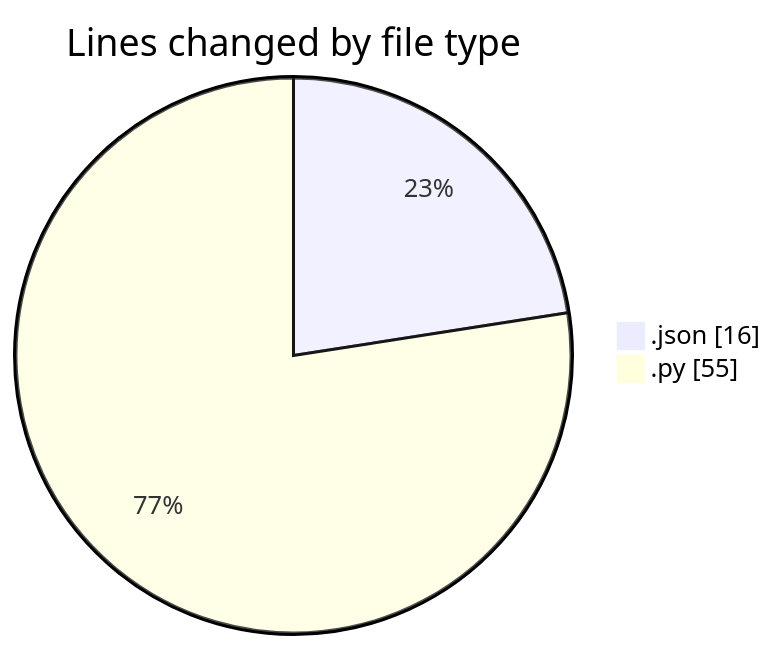
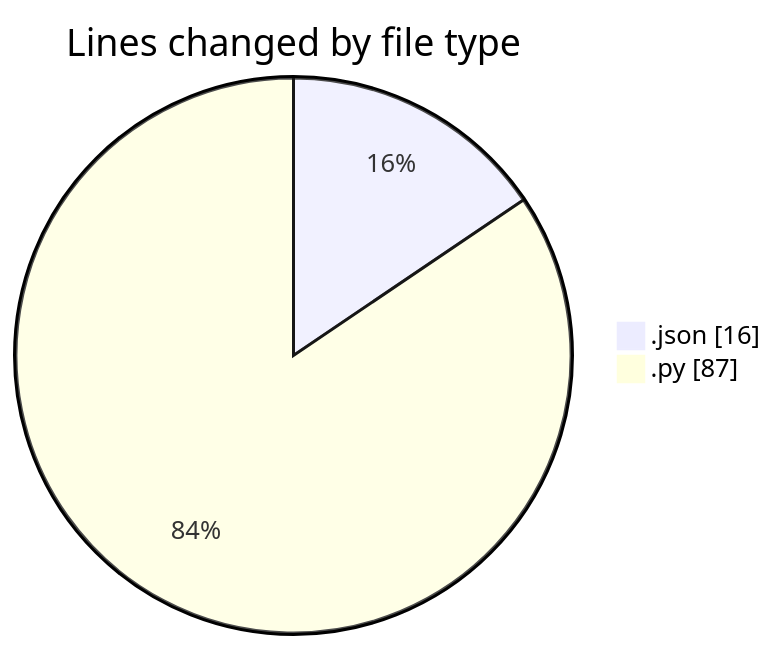
The first of 2 diagrams in 2025-03-29/myws__workspace_/README.md (MatusMokan/code-tracking), drawn with Mermaid before and after one commit. The commit also changed other lines of this file and 1 other file, not shown here.

````diff
--- a/2025-03-29/myws__workspace_/README.md
+++ b/2025-03-29/myws__workspace_/README.md
@@ -21,6 +22,6 @@
 ```mermaid
 pie showData
 title Lines changed by file type
 ".json" : 16
-".py" : 55
+".py" : 87
 ```
````
